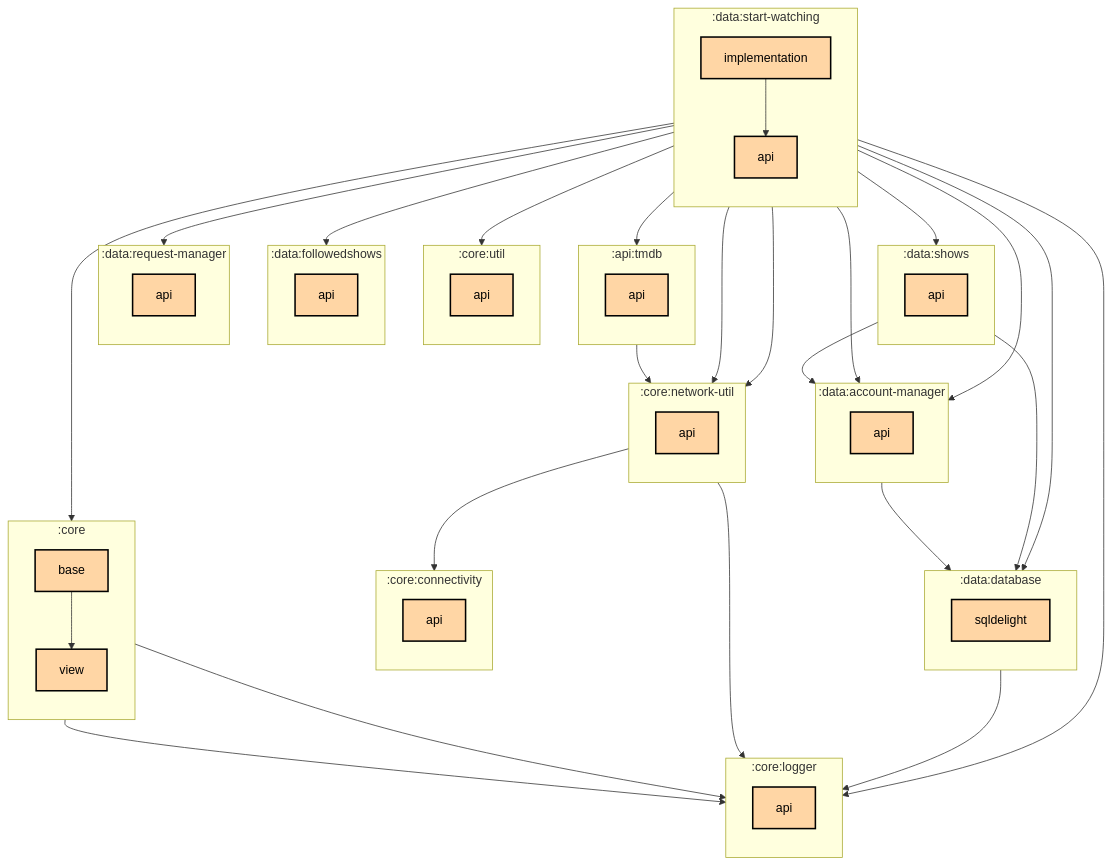
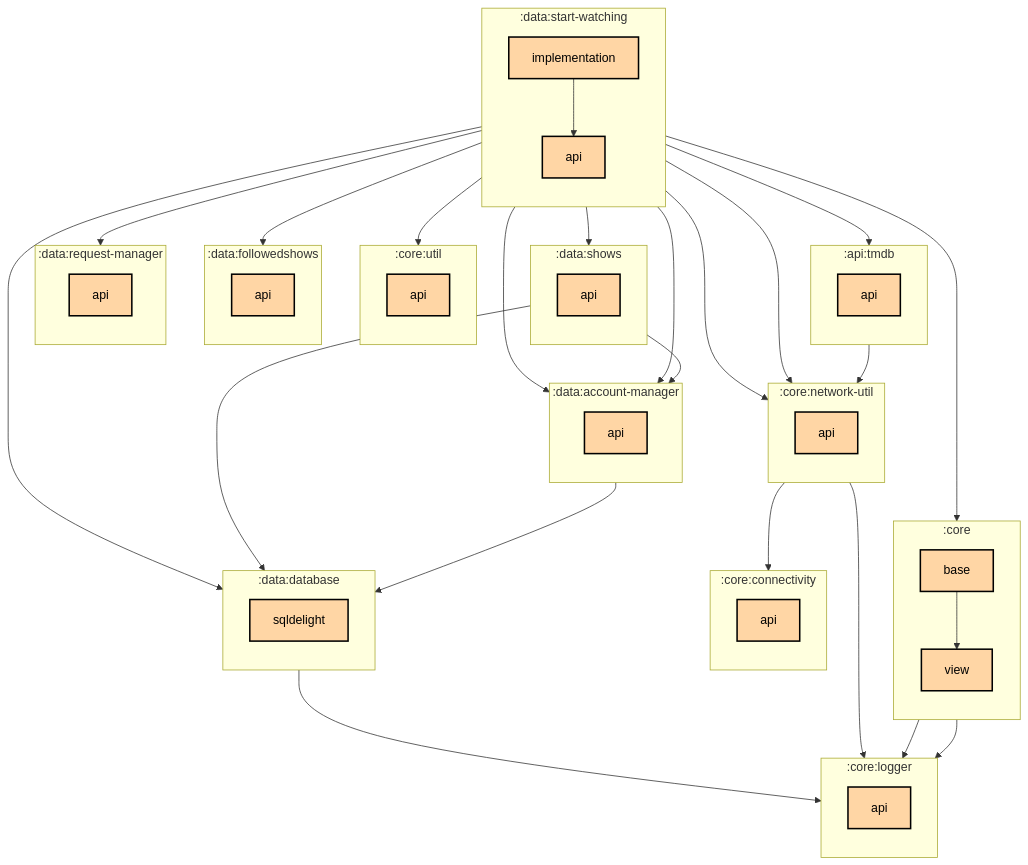
Before and after one commit to thomaskioko/tv-maniac: the first of 2 diagrams in data/start-watching/implementation/README.md, drawn with Mermaid. The commit also changed 11 other files, not shown here.

```diff
--- a/data/start-watching/implementation/README.md
+++ b/data/start-watching/implementation/README.md
@@ -70,7 +70,6 @@
   :data:start-watching:api --> :data:account-manager:api
   :data:start-watching:implementation --> :api:tmdb:api
   :data:start-watching:implementation --> :core:base
-  :data:start-watching:implementation --> :core:logger:api
   :data:start-watching:implementation --> :core:network-util:api
   :data:start-watching:implementation --> :core:util:api
   :data:start-watching:implementation --> :data:account-manager:api
```
